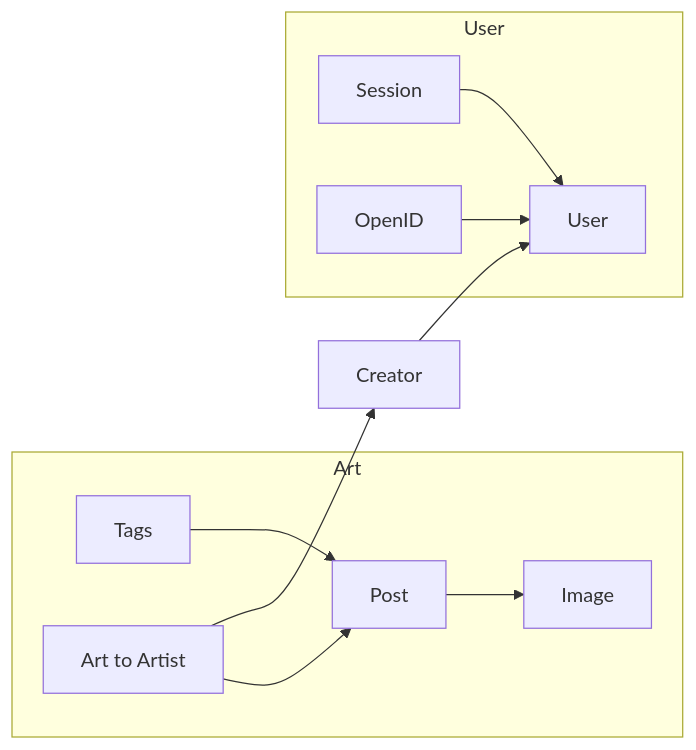
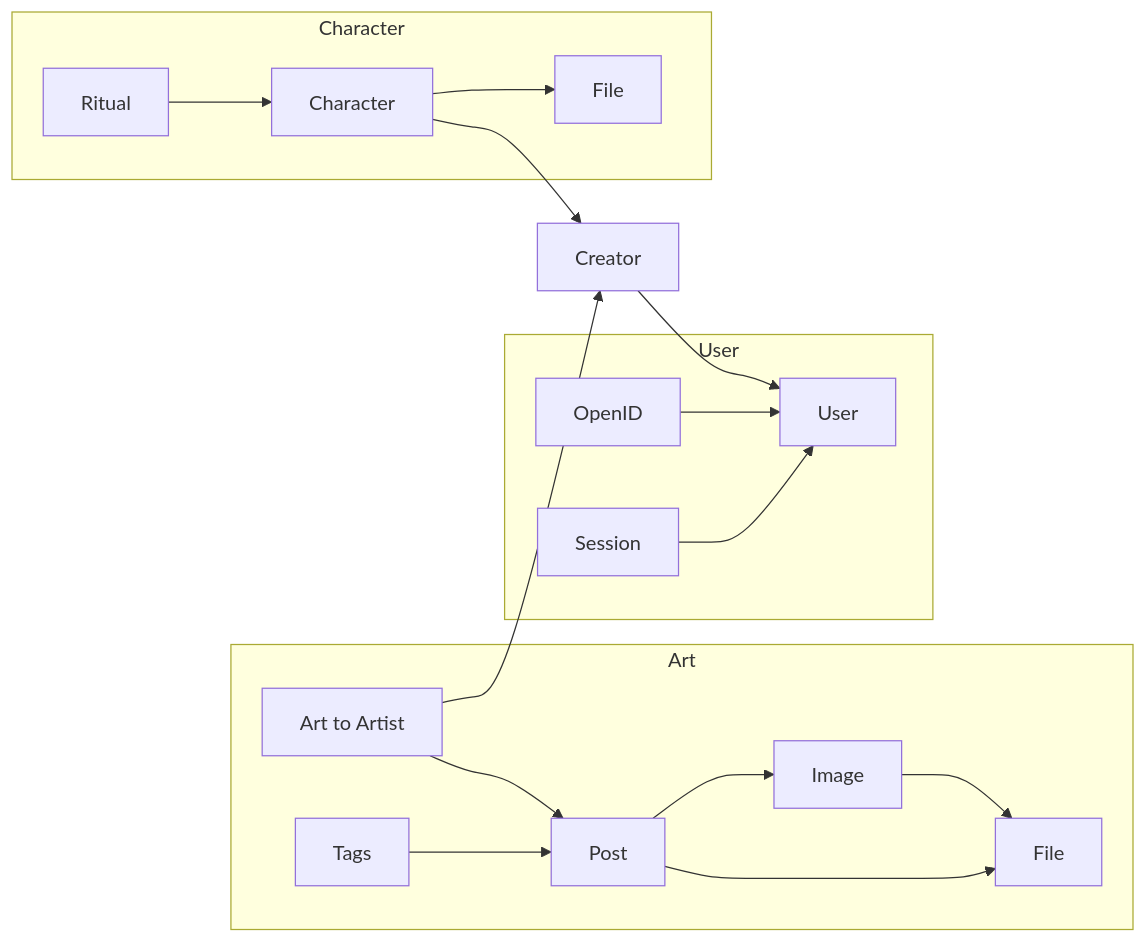
The diagram in concept/servers.md (optimisticlucio/powerdown-wiki), drawn with Mermaid before and after one commit. The commit also changed other lines of this file, not shown here.

````diff
--- a/concept/servers.md
+++ b/concept/servers.md
@@ -17,32 +17,43 @@
 ```mermaid
 graph LR
 
 creator["Creator"]
 
 
 subgraph Art
     artdb["Post"]
     artimagedb["Image"]
     arttagdb["Tags"]
     arttoartistdb["Art to Artist"]
+    artfile["File"]
 
     artdb --> artimagedb
     arttagdb --> artdb
     arttoartistdb --> artdb
+    artdb --> artfile
+    artimagedb --> artfile
 end
 
 subgraph User
     user["User"]
     usersession["Session"]
     openid["OpenID"]
     
     usersession --> user
     openid --> user
 end
 
+subgraph Character
+    character["Character"]
+    ritual["Ritual"]
+    characterfile["File"]
+
+    ritual --> character
+    character --> characterfile
+end
 
 arttoartistdb --> creator
 creator --> user
-
+character --> creator
 
 ```
````
